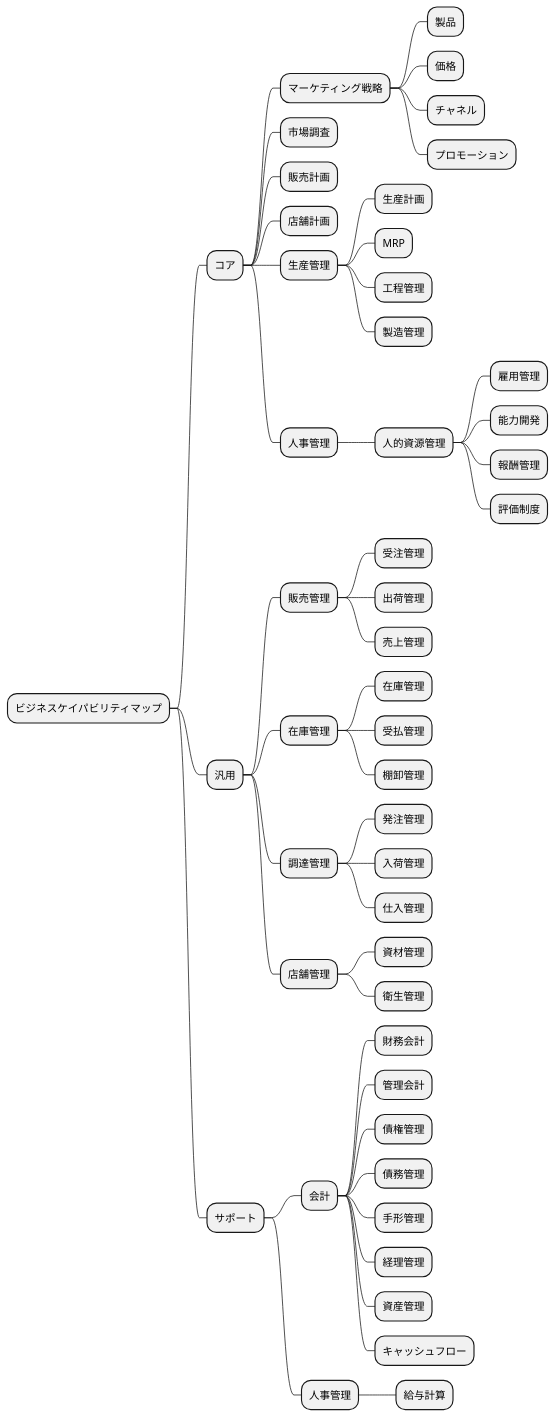
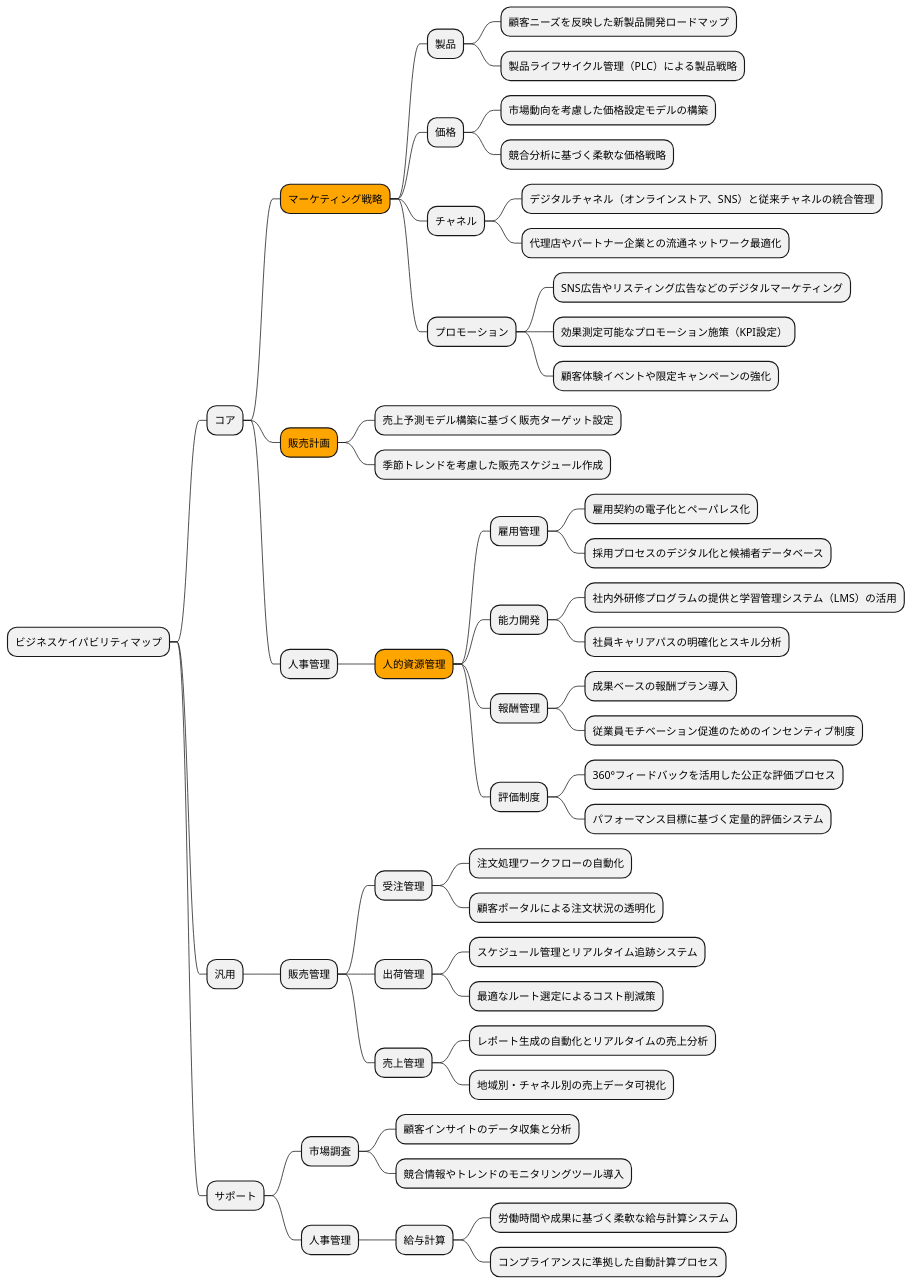
Before and after one commit to k2works/case-study-business-analysis: diagram 13 of 19 in docs/case/r03_case_1.adoc, drawn with PlantUML. The commit also changed other lines of this file, not shown here.

```diff
--- a/docs/case/r03_case_1.adoc
+++ b/docs/case/r03_case_1.adoc
@@ -512,56 +594,59 @@
 [plantuml]
 ----
 @startmindmap
 
 * ビジネスケイパビリティマップ
 ** コア
-*** マーケティング戦略
+***[#orange] マーケティング戦略
 **** 製品
+***** 顧客ニーズを反映した新製品開発ロードマップ
+***** 製品ライフサイクル管理（PLC）による製品戦略
 **** 価格
+***** 市場動向を考慮した価格設定モデルの構築
+***** 競合分析に基づく柔軟な価格戦略
 **** チャネル
+***** デジタルチャネル（オンラインストア、SNS）と従来チャネルの統合管理
+***** 代理店やパートナー企業との流通ネットワーク最適化
 **** プロモーション
-*** 市場調査
-*** 販売計画
-*** 店舗計画
-*** 生産管理
-**** 生産計画
-**** MRP
-**** 工程管理
-**** 製造管理
+***** SNS広告やリスティング広告などのデジタルマーケティング
+***** 効果測定可能なプロモーション施策（KPI設定）
+***** 顧客体験イベントや限定キャンペーンの強化
+***[#orange] 販売計画
+**** 売上予測モデル構築に基づく販売ターゲット設定
+**** 季節トレンドを考慮した販売スケジュール作成
 *** 人事管理
-**** 人的資源管理
+****[#orange] 人的資源管理
 ***** 雇用管理
+****** 雇用契約の電子化とペーパレス化
+****** 採用プロセスのデジタル化と候補者データベース
 ***** 能力開発
+****** 社内外研修プログラムの提供と学習管理システム（LMS）の活用
+****** 社員キャリアパスの明確化とスキル分析
 ***** 報酬管理
+****** 成果ベースの報酬プラン導入
+****** 従業員モチベーション促進のためのインセンティブ制度
 ***** 評価制度
+****** 360°フィードバックを活用した公正な評価プロセス
+****** パフォーマンス目標に基づく定量的評価システム
 ** 汎用
 *** 販売管理
 **** 受注管理
+***** 注文処理ワークフローの自動化
+***** 顧客ポータルによる注文状況の透明化
 **** 出荷管理
+***** スケジュール管理とリアルタイム追跡システム
+***** 最適なルート選定によるコスト削減策
 **** 売上管理
-*** 在庫管理
-**** 在庫管理
-**** 受払管理
-**** 棚卸管理
-*** 調達管理
-**** 発注管理
-**** 入荷管理
-**** 仕入管理
-*** 店舗管理
-**** 資材管理
-**** 衛生管理
+***** レポート生成の自動化とリアルタイムの売上分析
+***** 地域別・チャネル別の売上データ可視化
 ** サポート
-*** 会計
-**** 財務会計
-**** 管理会計
-**** 債権管理
-**** 債務管理
-**** 手形管理
-**** 経理管理
-**** 資産管理
-**** キャッシュフロー
+*** 市場調査
+**** 顧客インサイトのデータ収集と分析
+**** 競合情報やトレンドのモニタリングツール導入
 *** 人事管理
 **** 給与計算
+***** 労働時間や成果に基づく柔軟な給与計算システム
+***** コンプライアンスに準拠した自動計算プロセス
 
 @endmindmap
 ----
```
